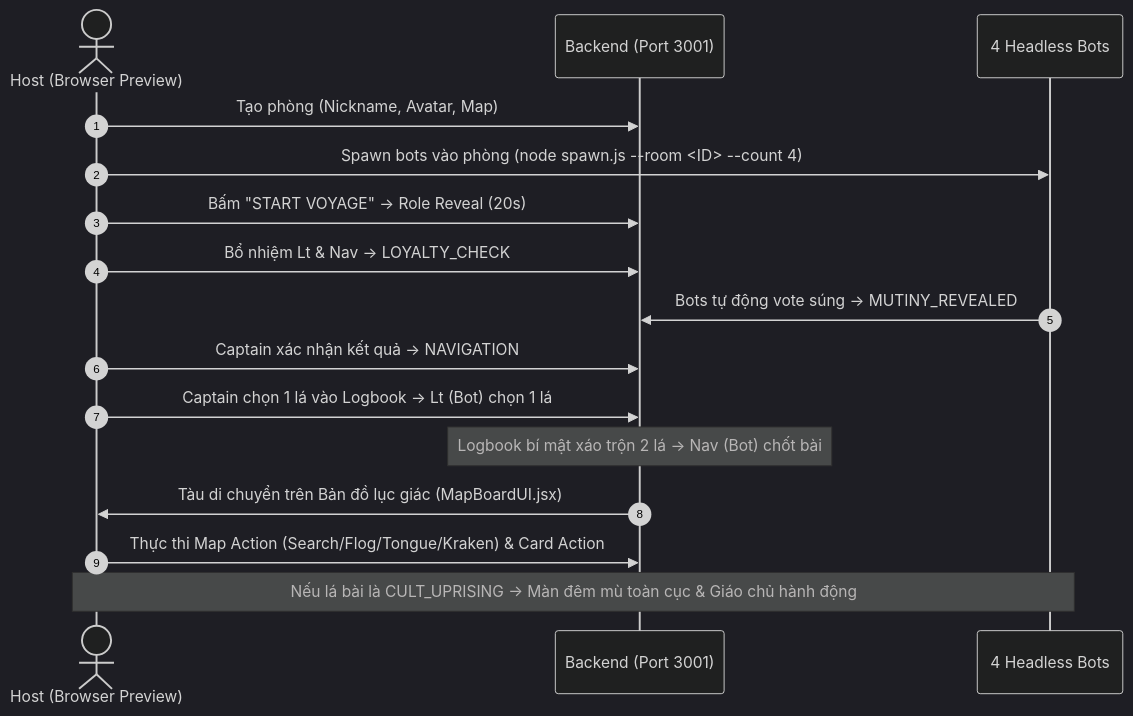
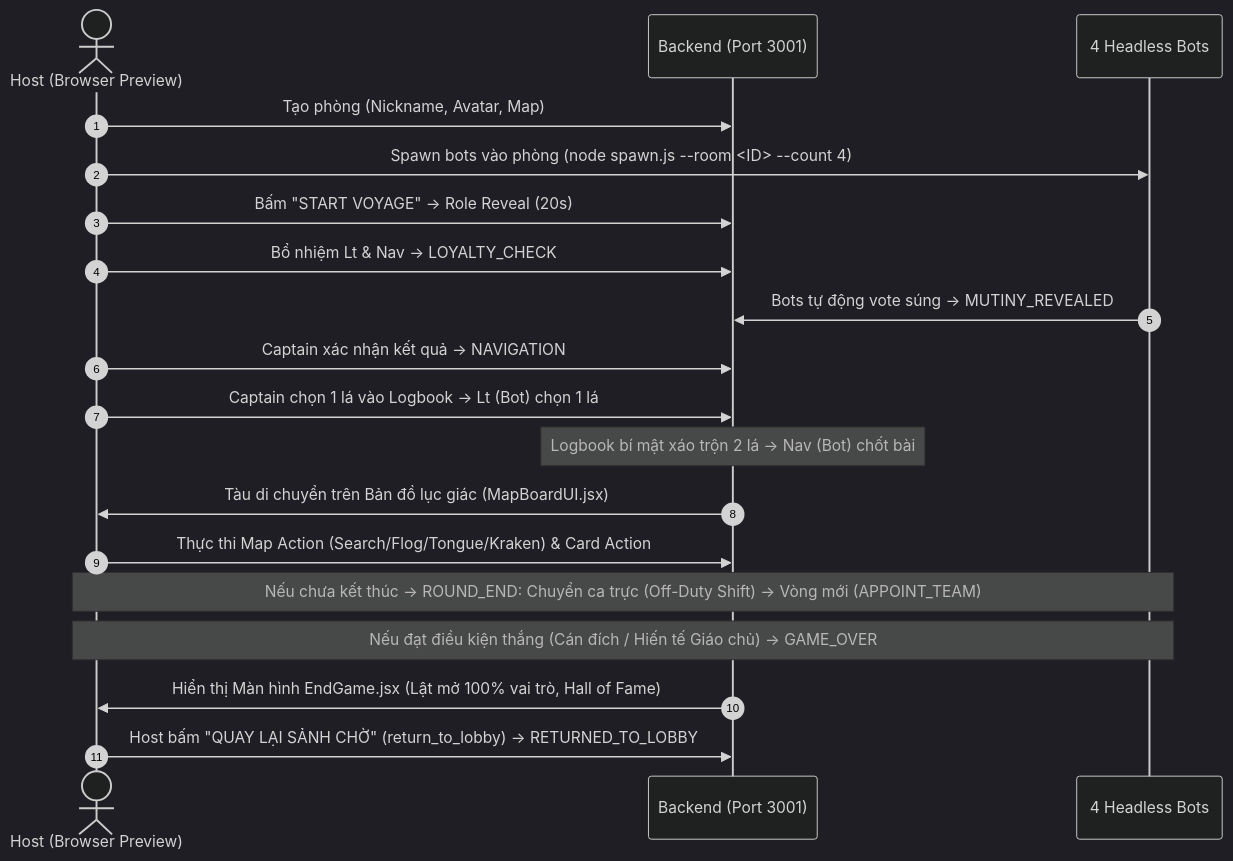
Before and after one commit to tiendat2411/feed-the-kraken: the diagram in .agents/workflows/e2e-testing.md, drawn with Mermaid (dark theme). The commit also changed other lines of this file, not shown here.

First line of the commit message:
docs(workflow): update e2e-testing workflow with Phase 7 flows

````diff
--- a/.agents/workflows/e2e-testing.md
+++ b/.agents/workflows/e2e-testing.md
@@ -16,19 +17,22 @@
 ```mermaid
 sequenceDiagram
     autonumber
     actor Host as Host (Browser Preview)
     participant Srv as Backend (Port 3001)
     participant Bots as 4 Headless Bots
     
     Host->>Srv: Tạo phòng (Nickname, Avatar, Map)
     Host->>Bots: Spawn bots vào phòng (node spawn.js --room <ID> --count 4)
     Host->>Srv: Bấm "START VOYAGE" -> Role Reveal (20s)
     Host->>Srv: Bổ nhiệm Lt & Nav -> LOYALTY_CHECK
     Bots->>Srv: Bots tự động vote súng -> MUTINY_REVEALED
     Host->>Srv: Captain xác nhận kết quả -> NAVIGATION
     Host->>Srv: Captain chọn 1 lá vào Logbook -> Lt (Bot) chọn 1 lá
     Note over Srv: Logbook bí mật xáo trộn 2 lá -> Nav (Bot) chốt bài
     Srv->>Host: Tàu di chuyển trên Bản đồ lục giác (MapBoardUI.jsx)
     Host->>Srv: Thực thi Map Action (Search/Flog/Tongue/Kraken) & Card Action
-    Note over Host,Bots: Nếu lá bài là CULT_UPRISING -> Màn đêm mù toàn cục & Giáo chủ hành động
+    Note over Host,Bots: Nếu chưa kết thúc -> ROUND_END: Chuyển ca trực (Off-Duty Shift) -> Vòng mới (APPOINT_TEAM)
+    Note over Host,Bots: Nếu đạt điều kiện thắng (Cán đích / Hiến tế Giáo chủ) -> GAME_OVER
+    Srv->>Host: Hiển thị Màn hình EndGame.jsx (Lật mở 100% vai trò, Hall of Fame)
+    Host->>Srv: Host bấm "QUAY LẠI SẢNH CHỜ" (return_to_lobby) -> RETURNED_TO_LOBBY
 ```
````
